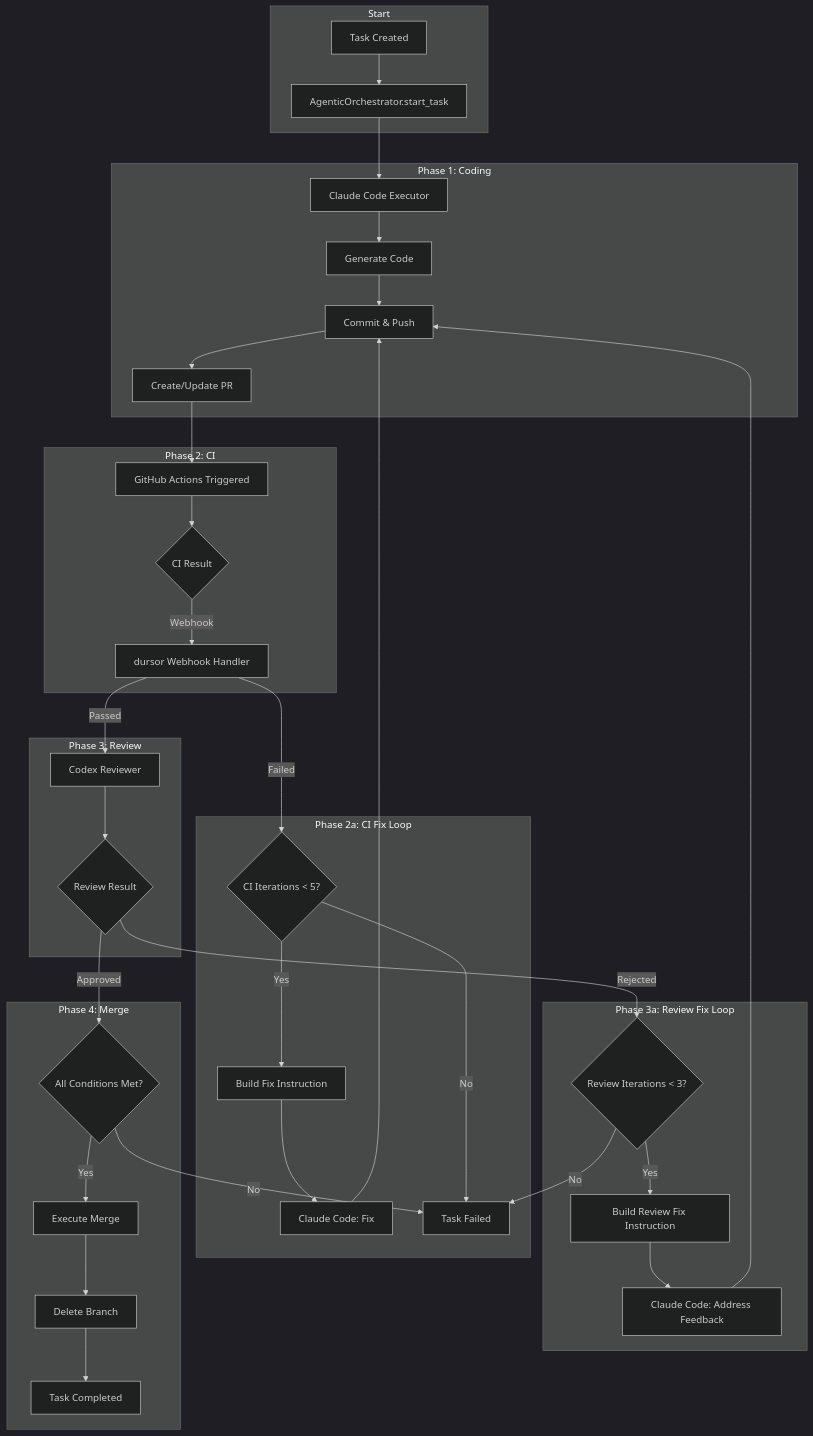
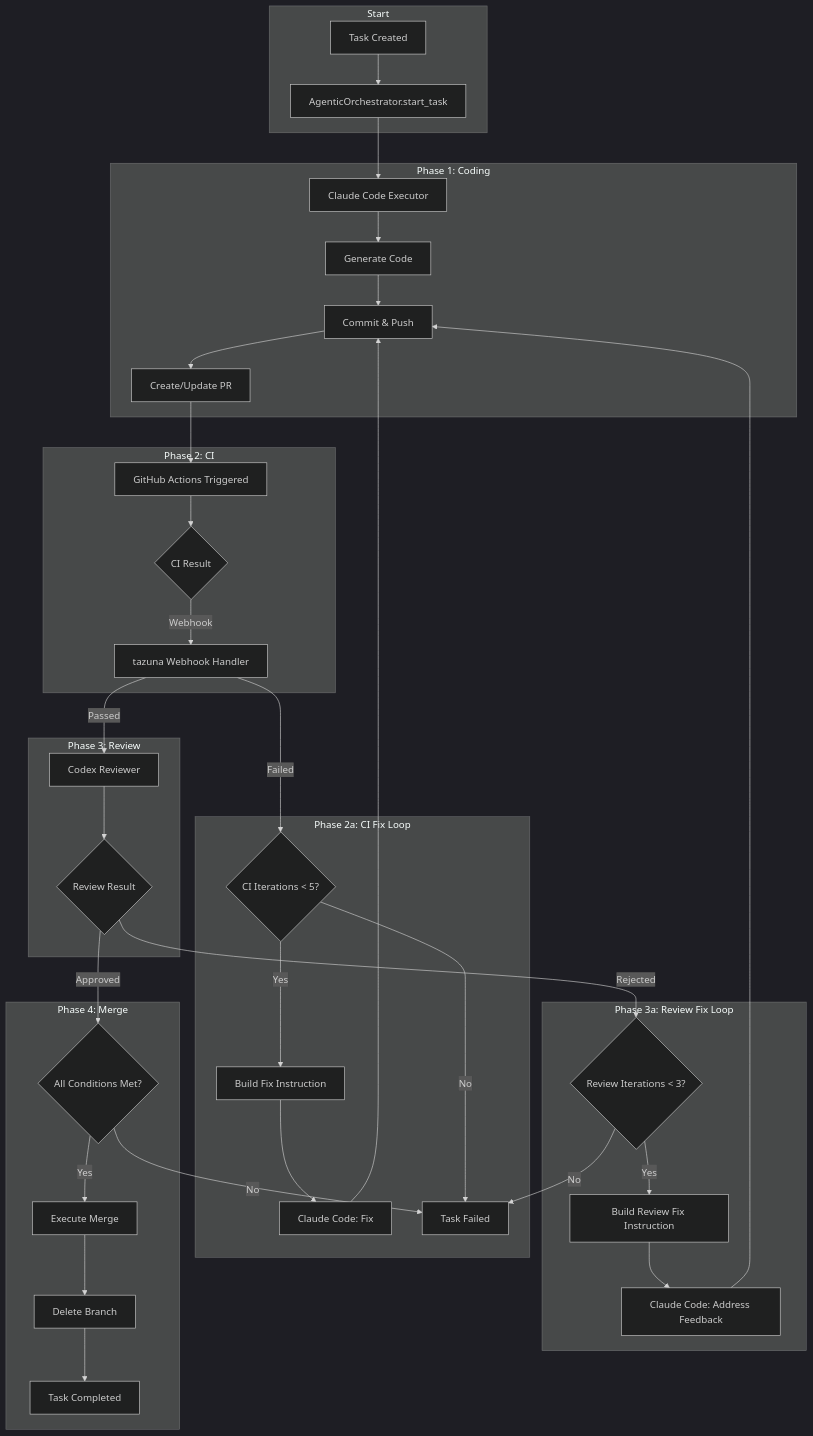
The fifth of 7 diagrams in docs/agentic-dursor.md (hampen2929/zloth), drawn with Mermaid (dark theme) before and after one commit. The commit also changed other lines of this file and 103 other files, not shown here.

Commit message:
Rename from dursor to tazuna

````diff
--- a/docs/agentic-dursor.md
+++ b/docs/agentic-dursor.md
@@ -1142,48 +1142,48 @@
 ```mermaid
 flowchart TD
     subgraph Start
         A[Task Created] --> B[AgenticOrchestrator.start_task]
     end
 
     subgraph Coding["Phase 1: Coding"]
         B --> C[Claude Code Executor]
         C --> D[Generate Code]
         D --> E[Commit & Push]
         E --> F[Create/Update PR]
     end
 
     subgraph CI["Phase 2: CI"]
         F --> G[GitHub Actions Triggered]
         G --> H{CI Result}
-        H -->|Webhook| I[dursor Webhook Handler]
+        H -->|Webhook| I[tazuna Webhook Handler]
     end
 
     subgraph CIFix["Phase 2a: CI Fix Loop"]
         I -->|Failed| J{CI Iterations < 5?}
         J -->|Yes| K[Build Fix Instruction]
         K --> L[Claude Code: Fix]
         L --> E
         J -->|No| FAIL[Task Failed]
     end
 
     subgraph Review["Phase 3: Review"]
         I -->|Passed| M[Codex Reviewer]
         M --> N{Review Result}
     end
 
     subgraph ReviewFix["Phase 3a: Review Fix Loop"]
         N -->|Rejected| O{Review Iterations < 3?}
         O -->|Yes| P[Build Review Fix Instruction]
         P --> Q[Claude Code: Address Feedback]
         Q --> E
         O -->|No| FAIL
     end
 
     subgraph Merge["Phase 4: Merge"]
         N -->|Approved| R{All Conditions Met?}
         R -->|Yes| S[Execute Merge]
         S --> T[Delete Branch]
         T --> U[Task Completed]
         R -->|No| FAIL
     end
 ```
````
